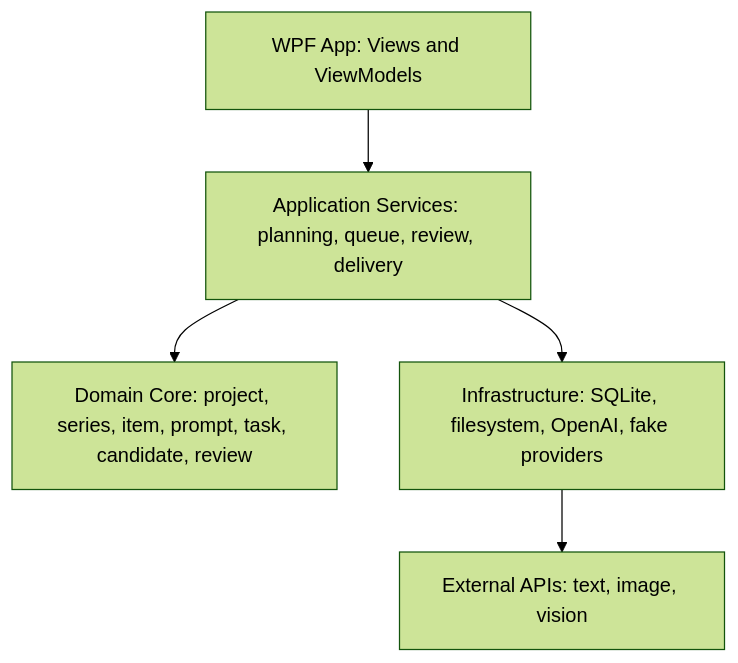
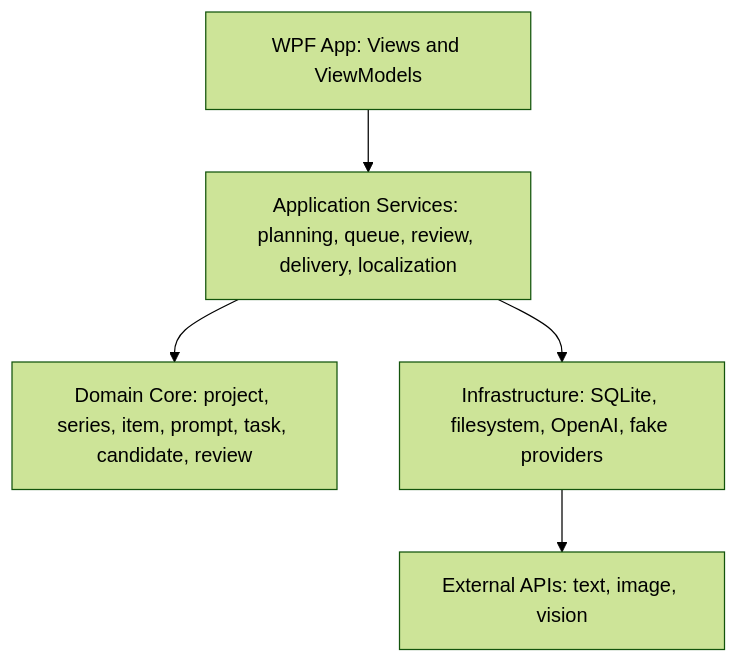
One commit to sciman-top/ai-content-delivery-studio changed the diagram in docs/ARCHITECTURE.md. Above: the diagram before and after it, drawn with Mermaid (forest theme). The commit also changed other lines of this file and 16 other files, not shown here.

Commit message:
Add bilingual localization and application layer

````diff
--- a/docs/ARCHITECTURE.md
+++ b/docs/ARCHITECTURE.md
@@ -28,13 +30,13 @@
 ```mermaid
 flowchart TB
     UI["WPF App: Views and ViewModels"]
-    APP["Application Services: planning, queue, review, delivery"]
+    APP["Application Services: planning, queue, review, delivery, localization"]
     CORE["Domain Core: project, series, item, prompt, task, candidate, review"]
     INFRA["Infrastructure: SQLite, filesystem, OpenAI, fake providers"]
     EXT["External APIs: text, image, vision"]
 
     UI --> APP
     APP --> CORE
     APP --> INFRA
     INFRA --> EXT
 ```
````
